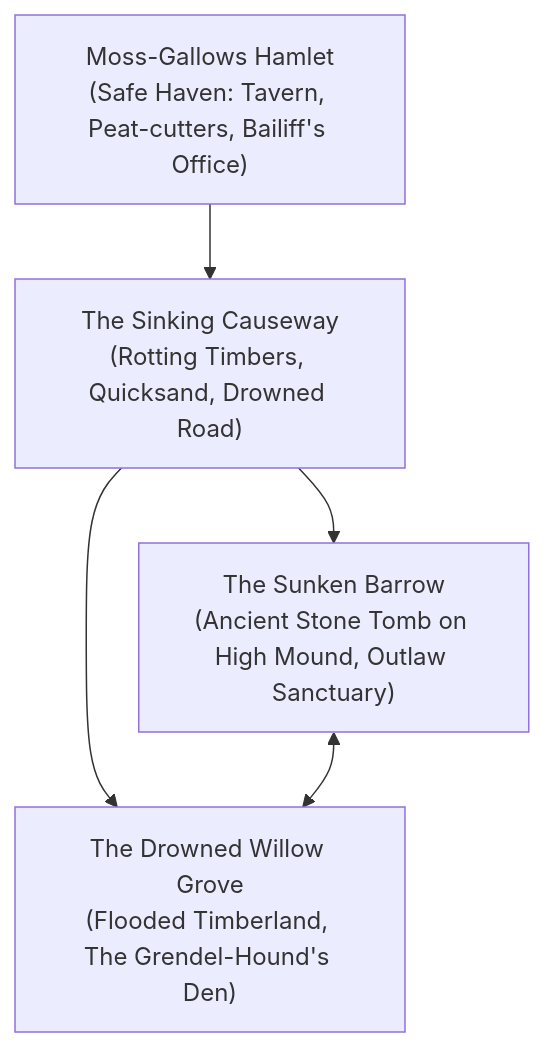
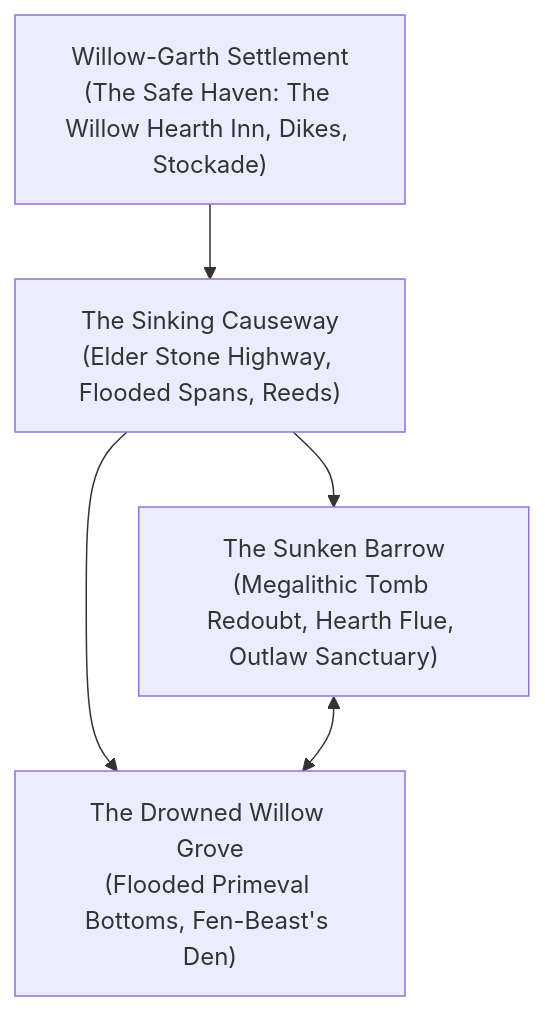
The first of 2 diagrams in design/iteration/campaign-weeping-fen/challenges-and-encounters.md (tdimiduk/cardpg), drawn with Mermaid before and after one commit. The commit also changed other lines of this file and 10 other files, not shown here.

````diff
--- a/design/iteration/campaign-weeping-fen/challenges-and-encounters.md
+++ b/design/iteration/campaign-weeping-fen/challenges-and-encounters.md
@@ -19,12 +19,12 @@
 ```mermaid
 flowchart TD
-    HAMLET["Moss-Gallows Hamlet<br/>(Safe Haven: Tavern, Peat-cutters, Bailiff's Office)"]
-    CAUSEWAY["The Sinking Causeway<br/>(Rotting Timbers, Quicksand, Drowned Road)"]
-    BARROW["The Sunken Barrow<br/>(Ancient Stone Tomb on High Mound, Outlaw Sanctuary)"]
-    GROVE["The Drowned Willow Grove<br/>(Flooded Timberland, The Grendel-Hound's Den)"]
+    HAMLET["Willow-Garth Settlement<br/>(The Safe Haven: The Willow Hearth Inn, Dikes, Stockade)"]
+    CAUSEWAY["The Sinking Causeway<br/>(Elder Stone Highway, Flooded Spans, Reeds)"]
+    BARROW["The Sunken Barrow<br/>(Megalithic Tomb Redoubt, Hearth Flue, Outlaw Sanctuary)"]
+    GROVE["The Drowned Willow Grove<br/>(Flooded Primeval Bottoms, Fen-Beast's Den)"]
 
     HAMLET --> CAUSEWAY
     CAUSEWAY --> BARROW
     CAUSEWAY --> GROVE
     BARROW <--> GROVE
 ```
````
